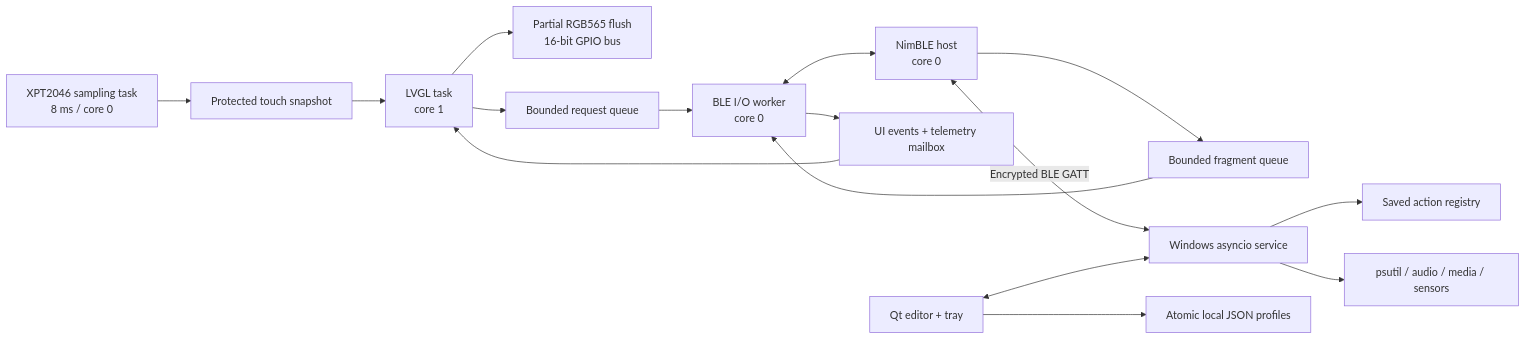
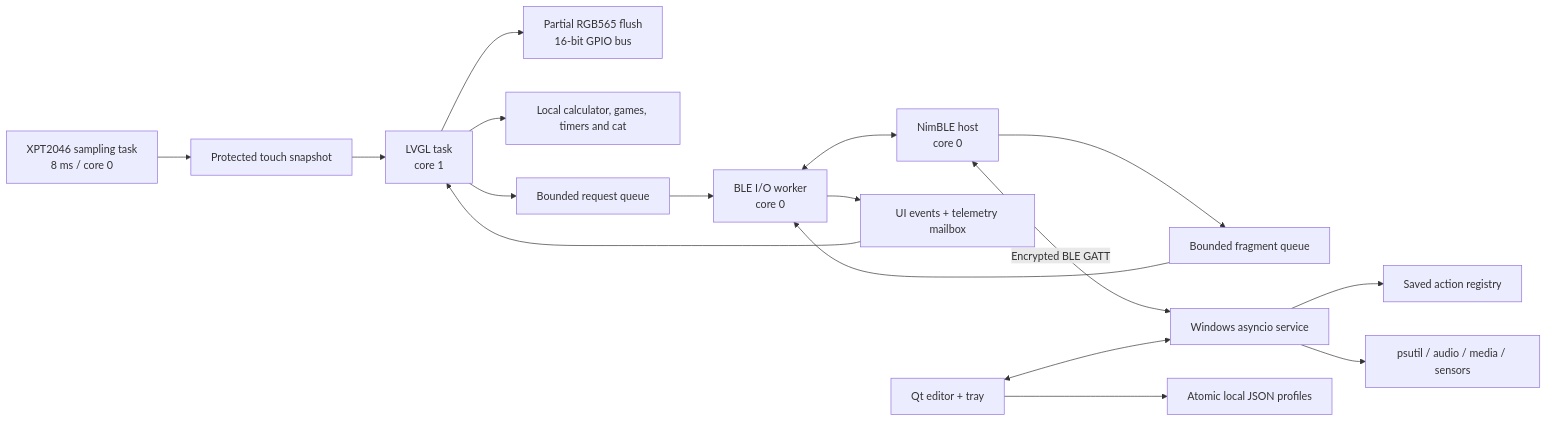
One commit to Aryan-git-byte/NEXUS changed the diagram in docs/ARCHITECTURE.md. Above: the diagram before and after it, drawn with Mermaid. The commit also changed other lines of this file and 56 other files, not shown here.

````diff
--- a/docs/ARCHITECTURE.md
+++ b/docs/ARCHITECTURE.md
@@ -7,18 +7,19 @@
 ```mermaid
 flowchart LR
   Touch[XPT2046 sampling task\n8 ms / core 0] --> Snapshot[Protected touch snapshot]
   Snapshot --> UI[LVGL task\ncore 1]
   UI --> LCD[Partial RGB565 flush\n16-bit GPIO bus]
+  UI --> Apps[Local calculator, games, timers and cat]
   UI --> Requests[Bounded request queue]
   Requests --> Worker[BLE I/O worker\ncore 0]
   Host[NimBLE host\ncore 0] --> Fragments[Bounded fragment queue]
   Fragments --> Worker
   Worker --> Events[UI events + telemetry mailbox]
   Events --> UI
   Worker <--> Host
   Host <-->|Encrypted BLE GATT| PC[Windows asyncio service]
   PC --> Registry[Saved action registry]
   PC --> Monitor[psutil / audio / media / sensors]
   Editor[Qt editor + tray] <--> PC
   Editor --> JSON[Atomic local JSON profiles]
 ```
````
